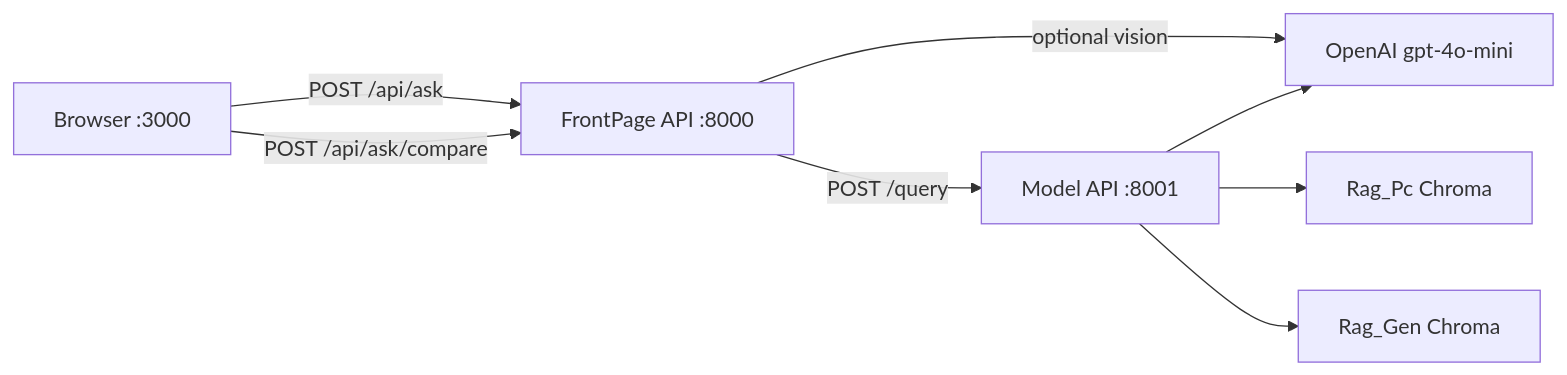
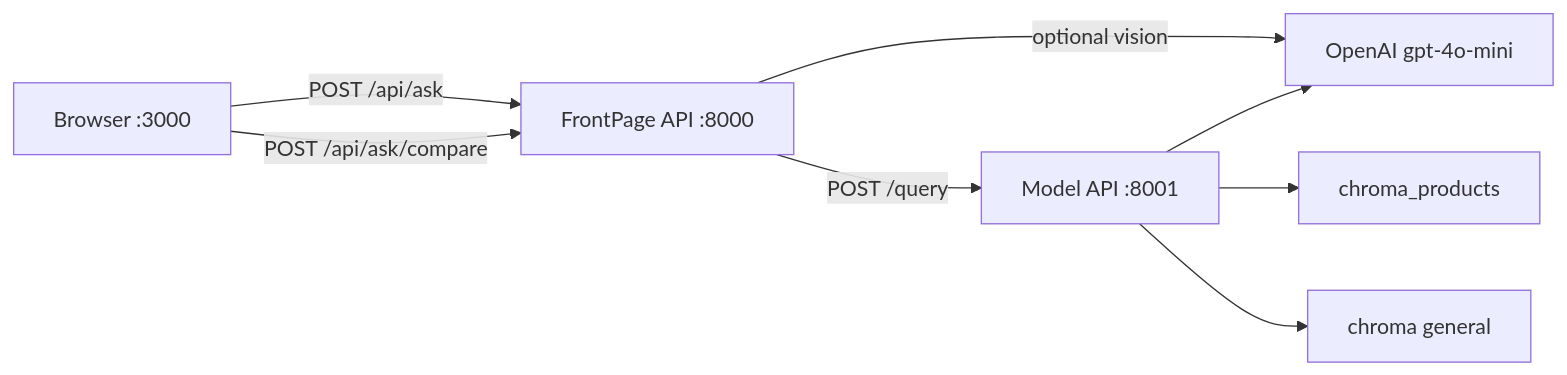
One commit to Naifcx47350/TerraMind changed the diagram in PROJECT_OVERVIEW.md. Above: the diagram before and after it, drawn with Mermaid. The commit also changed other lines of this file and 29 other files, not shown here.

````diff
--- a/PROJECT_OVERVIEW.md
+++ b/PROJECT_OVERVIEW.md
@@ -37,17 +37,17 @@
 ```mermaid
 flowchart LR
   User[Browser :3000]
   FP[FrontPage API :8000]
   RAG[Model API :8001]
-  PC[Rag_Pc Chroma]
-  GEN[Rag_Gen Chroma]
+  PC[chroma_products]
+  GEN[chroma general]
   LLM[OpenAI gpt-4o-mini]
 
   User -->|POST /api/ask| FP
   User -->|POST /api/ask/compare| FP
   FP -->|optional vision| LLM
   FP -->|POST /query| RAG
   RAG --> PC
   RAG --> GEN
   RAG --> LLM
 ```
````
